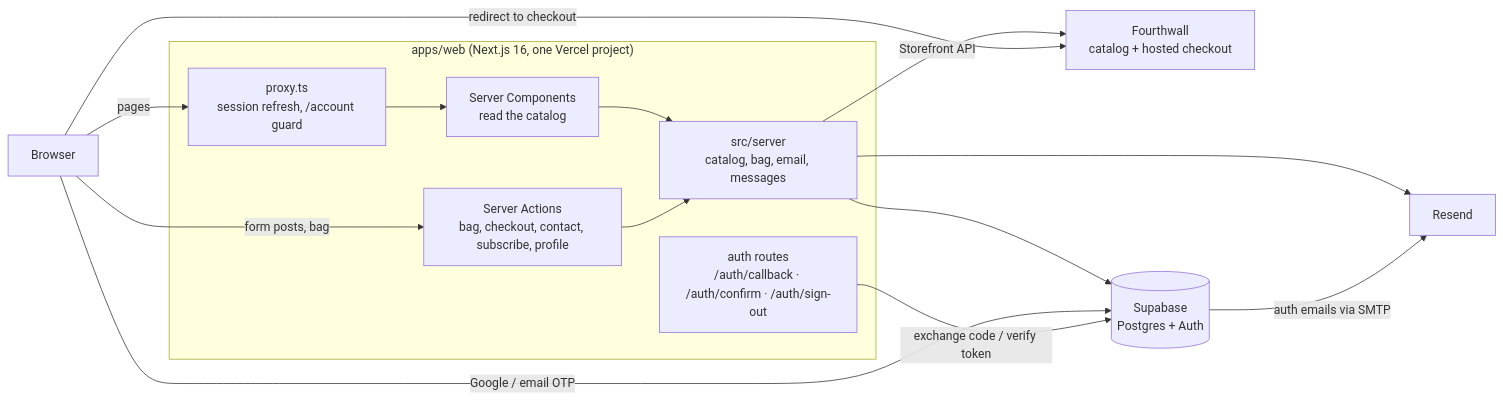
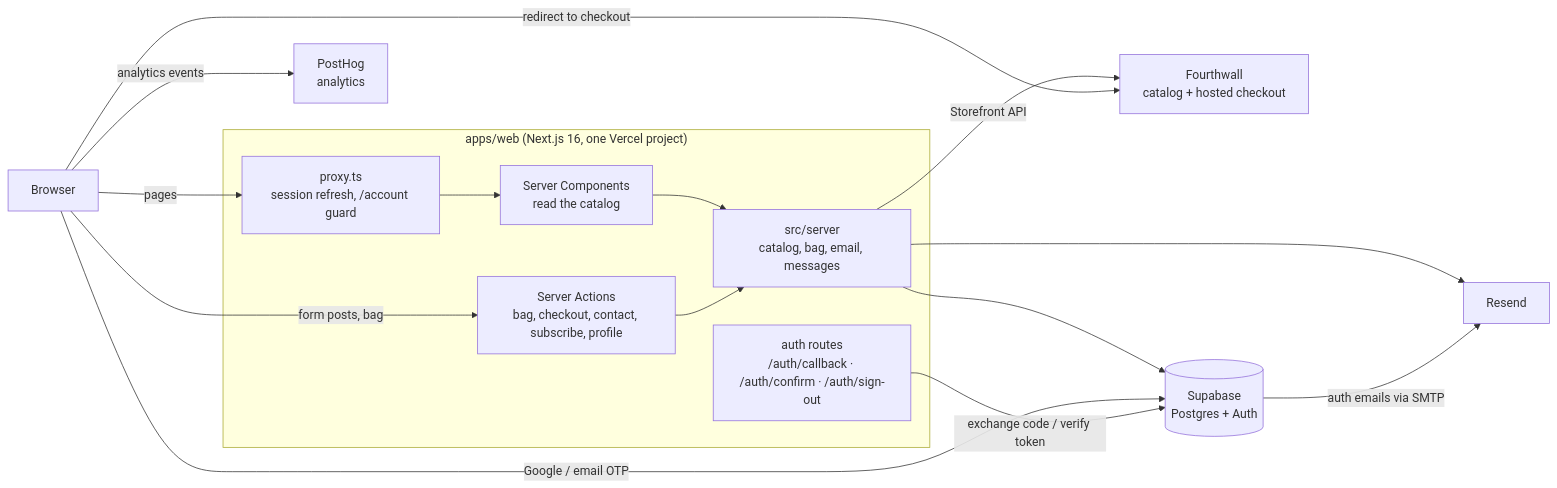
One commit to richardsotolongo/awebound changed the first of 3 diagrams in docs/ARCHITECTURE.md. Above: the diagram before and after it, drawn with Mermaid. The commit also changed other lines of this file and 35 other files, not shown here.

````diff
--- a/docs/ARCHITECTURE.md
+++ b/docs/ARCHITECTURE.md
@@ -7,24 +7,26 @@
 ```mermaid
 flowchart LR
   B[Browser]
   subgraph Web["apps/web (Next.js 16, one Vercel project)"]
     P[proxy.ts<br/>session refresh, /account guard]
     RSC[Server Components<br/>read the catalog]
     SA[Server Actions<br/>bag, checkout, contact, subscribe, profile]
     S[src/server<br/>catalog, bag, email, messages]
     AR[auth routes<br/>/auth/callback · /auth/confirm · /auth/sign-out]
   end
   FW[Fourthwall<br/>catalog + hosted checkout]
   SB[(Supabase<br/>Postgres + Auth)]
   RS[Resend]
+  PH[PostHog<br/>analytics]
 
   B -- pages --> P --> RSC --> S
   B -- form posts, bag --> SA --> S
   S -- Storefront API --> FW
   S --> SB
   S --> RS
   B -- Google / email OTP --> SB
   AR -- exchange code / verify token --> SB
   B -- redirect to checkout --> FW
   SB -- auth emails via SMTP --> RS
+  B -- analytics events --> PH
 ```
````
